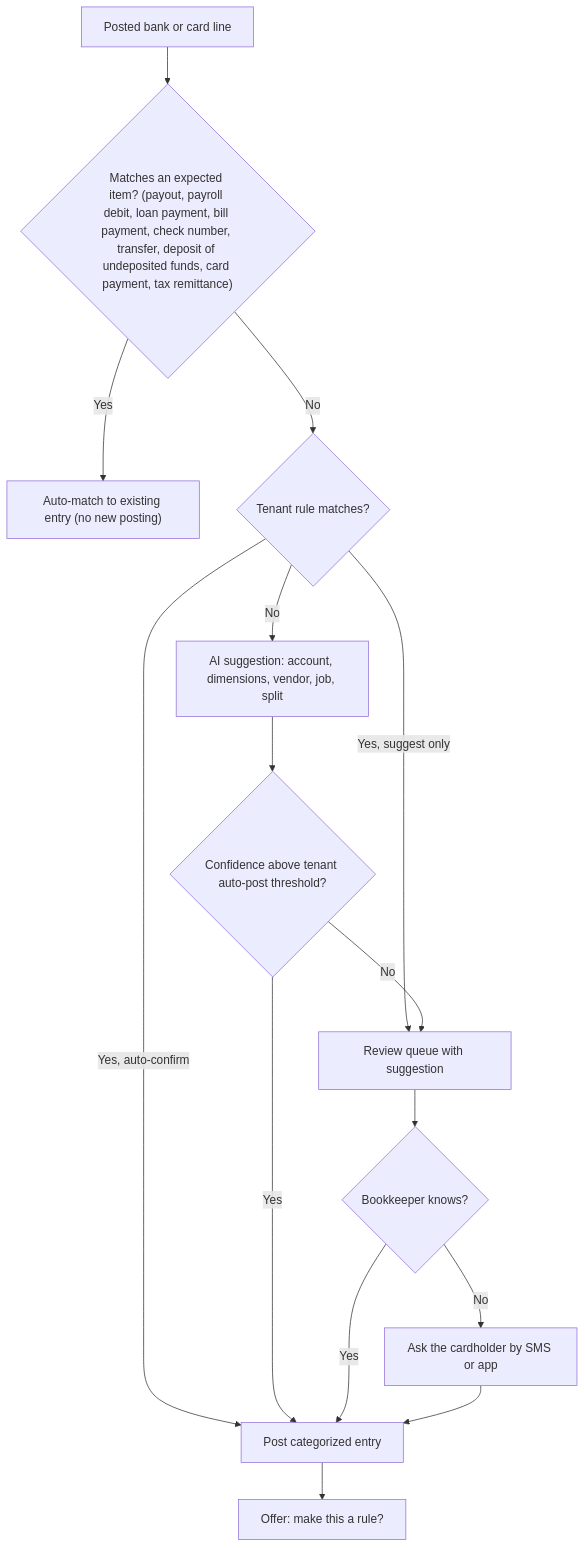
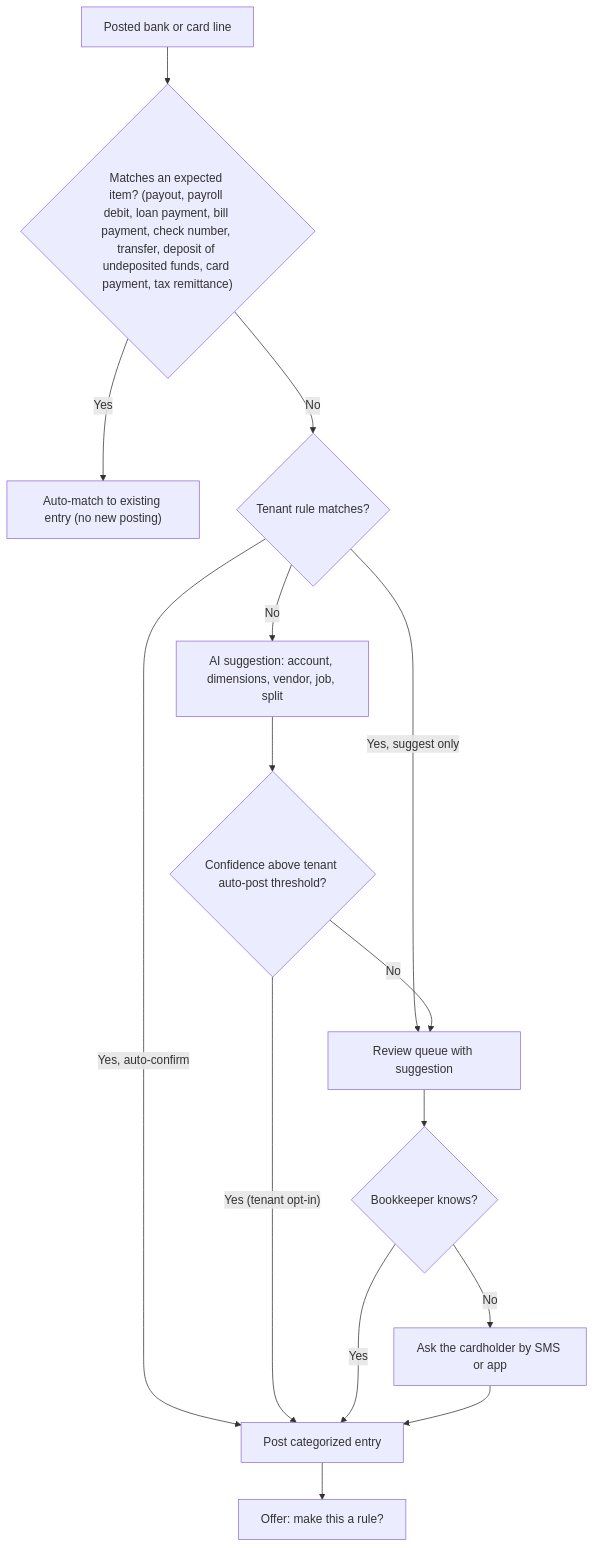
The fifth of 17 diagrams in docs/09-accounting-ledger-integrations.md (jdinard/landscape), drawn with Mermaid before and after one commit. The commit also changed other lines of this file and 42 other files, not shown here.

````diff
--- a/docs/09-accounting-ledger-integrations.md
+++ b/docs/09-accounting-ledger-integrations.md
@@ -1220,17 +1219,17 @@
 ```mermaid
 flowchart TD
     BL["Posted bank or card line"] --> M1{"Matches an expected item? (payout, payroll debit, loan payment, bill payment, check number, transfer, deposit of undeposited funds, card payment, tax remittance)"}
     M1 -->|"Yes"| AM["Auto-match to existing entry (no new posting)"]
     M1 -->|"No"| R1{"Tenant rule matches?"}
     R1 -->|"Yes, auto-confirm"| RP["Post categorized entry"]
     R1 -->|"Yes, suggest only"| RV["Review queue with suggestion"]
     R1 -->|"No"| AI["AI suggestion: account, dimensions, vendor, job, split"]
     AI --> C{"Confidence above tenant auto-post threshold?"}
-    C -->|"Yes            "| RP
+    C -->|"Yes (tenant opt-in)"| RP
     C -->|"No"| RV
     RV --> ASK{"Bookkeeper knows?"}
     ASK -->|"Yes"| RP
     ASK -->|"No"| Q["Ask the cardholder by SMS or app"]
     Q --> RP
     RP --> LR["Offer: make this a rule?"]
 ```
````
